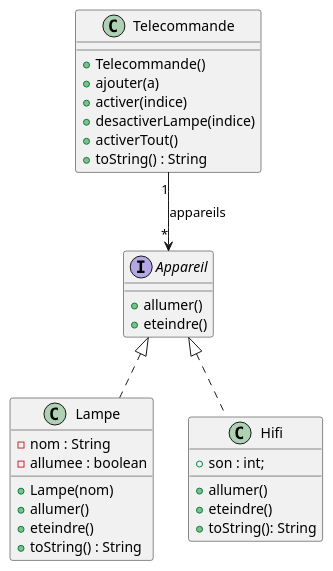
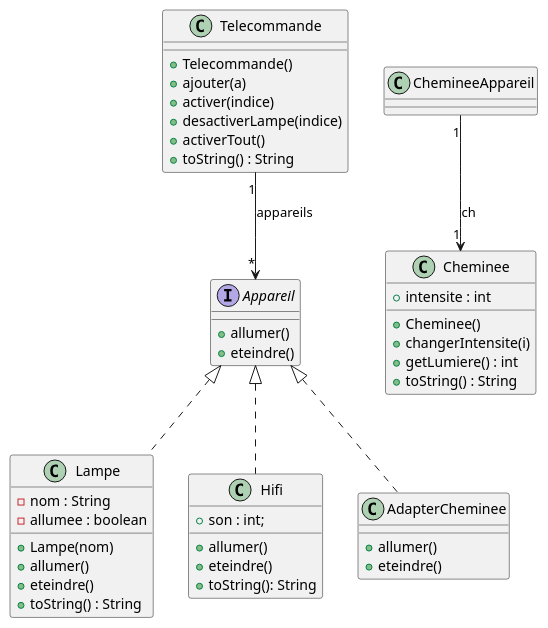
One commit to Caedit/2026_coo_domotique_RENARD_PHILIPPE changed the diagram in conception.puml. Above: the diagram before and after it, drawn with PlantUML.

Commit message:
Modification du diagramme UML pour intégrer Cheminee

```diff
--- a/conception.puml
+++ b/conception.puml
@@ -1,43 +1,58 @@
 @startuml titre Manipulation de lampes
 
 '''classes
 class Lampe {
     -nom : String
     -allumee : boolean
 
     +Lampe(nom)
     +allumer()
     +eteindre()
     +toString() : String
 }
 
 interface Appareil{
     +allumer()
     +eteindre()
 }
 
 class Hifi {
     +son : int;
 
     +allumer()
     +eteindre()
     +toString(): String
 }
 
 
 class Telecommande {
 
     +Telecommande()
     +ajouter(a)
     +activer(indice)
     +desactiverLampe(indice)
     +activerTout()
     +toString() : String
 }
 
+class Cheminee {
+    +intensite : int
+
+    +Cheminee()
+    +changerIntensite(i)
+    +getLumiere() : int
+    +toString() : String
+}
+
+class AdapterCheminee implements Appareil{
+    +allumer()
+    +eteindre()
+}
+
 '''relations
 Telecommande "1" --> "*" Appareil : appareils
+ChemineeAppareil "1" --> "1" Cheminee : ch
 Appareil <|.. Lampe
 Appareil <|.. Hifi
 
 @enduml
```
